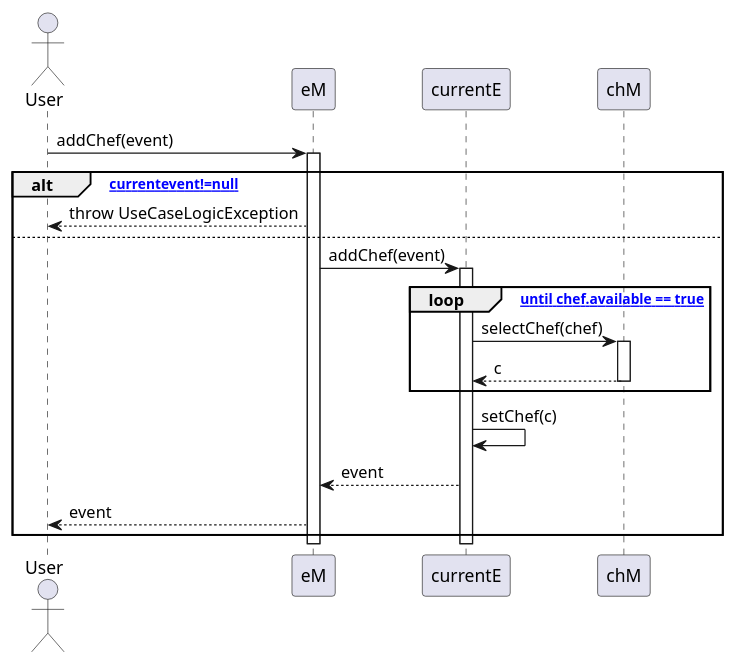
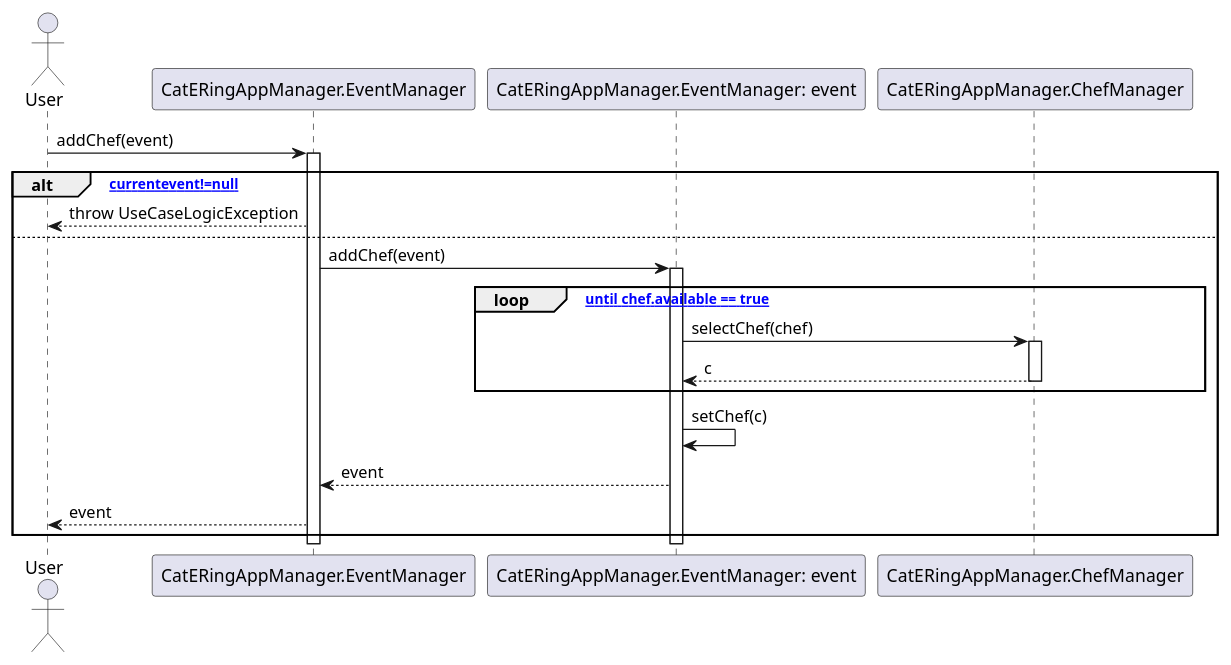
One commit to m0canu1/sas changed the diagram in dsd/dsd-eventi/scenarioPrincipale/assegnaChef.md. Above: the diagram before and after it, drawn with PlantUML. The commit also changed 7 other files, not shown here.

````diff
--- a/dsd/dsd-eventi/scenarioPrincipale/assegnaChef.md
+++ b/dsd/dsd-eventi/scenarioPrincipale/assegnaChef.md
@@ -1,28 +1,28 @@
 ```plantuml
 Actor User
-Participant eM
-Participant currentE
-Participant chM
+Participant "CatERingAppManager.EventManager"
+Participant "CatERingAppManager.EventManager: event"
+Participant "CatERingAppManager.ChefManager"
 
-User -> eM: addChef(event) 
-Activate eM
+User -> "CatERingAppManager.EventManager": addChef(event) 
+Activate "CatERingAppManager.EventManager"
 alt [currentevent!=null]
-    eM --> User: throw UseCaseLogicException
+    "CatERingAppManager.EventManager" --> User: throw UseCaseLogicException
 else
-    eM -> currentE: addChef(event)
-    Activate currentE
+    "CatERingAppManager.EventManager" -> "CatERingAppManager.EventManager: event": addChef(event)
+    Activate "CatERingAppManager.EventManager: event"
     loop ["until chef.available == true"]
-        currentE -> chM: selectChef(chef)
-        Activate chM
+        "CatERingAppManager.EventManager: event" -> "CatERingAppManager.ChefManager": selectChef(chef)
+        Activate "CatERingAppManager.ChefManager"
 
-        chM --> currentE: c
-        Deactivate chM
+        "CatERingAppManager.ChefManager" --> "CatERingAppManager.EventManager: event": c
+        Deactivate "CatERingAppManager.ChefManager"
     end
-    currentE -> currentE: setChef(c)
+    "CatERingAppManager.EventManager: event" -> "CatERingAppManager.EventManager: event": setChef(c)
 
-    currentE --> eM: event
-    eM --> User: event
+    "CatERingAppManager.EventManager: event" --> "CatERingAppManager.EventManager": event
+    "CatERingAppManager.EventManager" --> User: event
 end
-Deactivate eM
-Deactivate currentE
+Deactivate "CatERingAppManager.EventManager"
+Deactivate "CatERingAppManager.EventManager: event"
 ```
````
